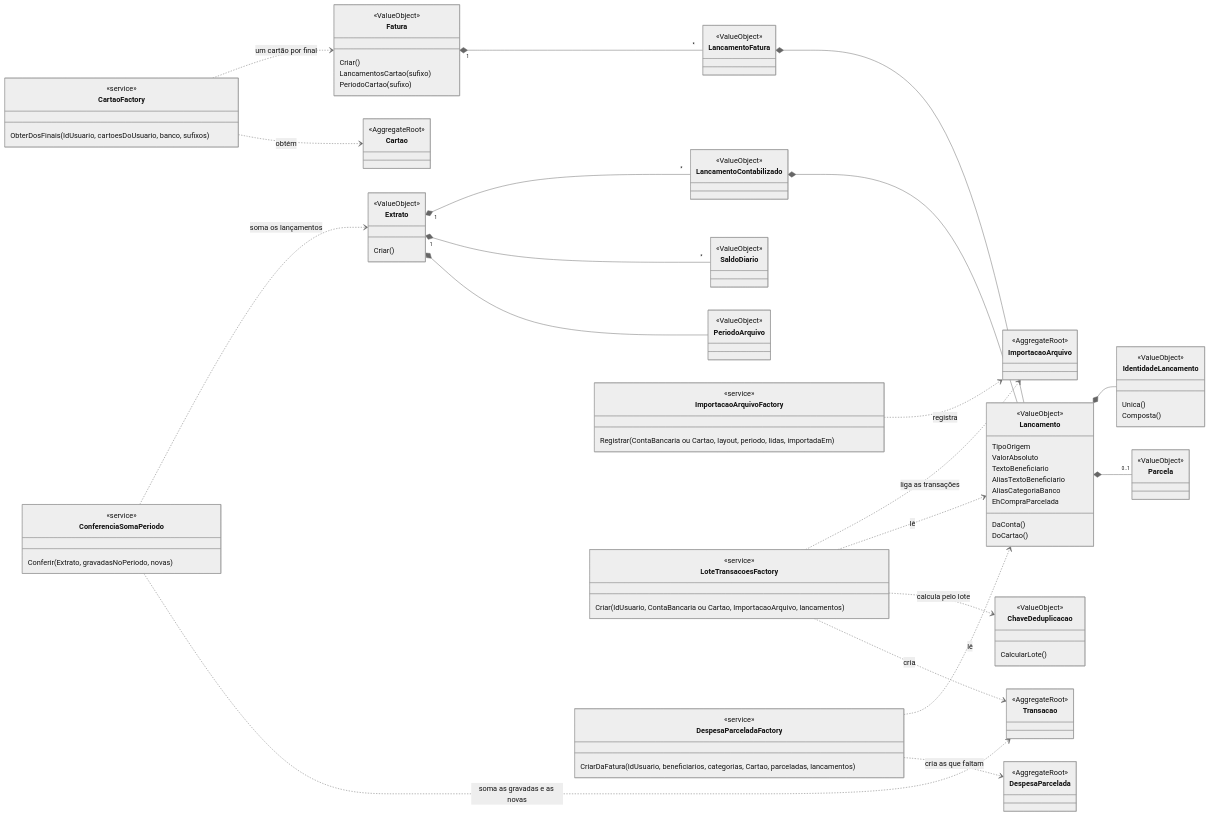
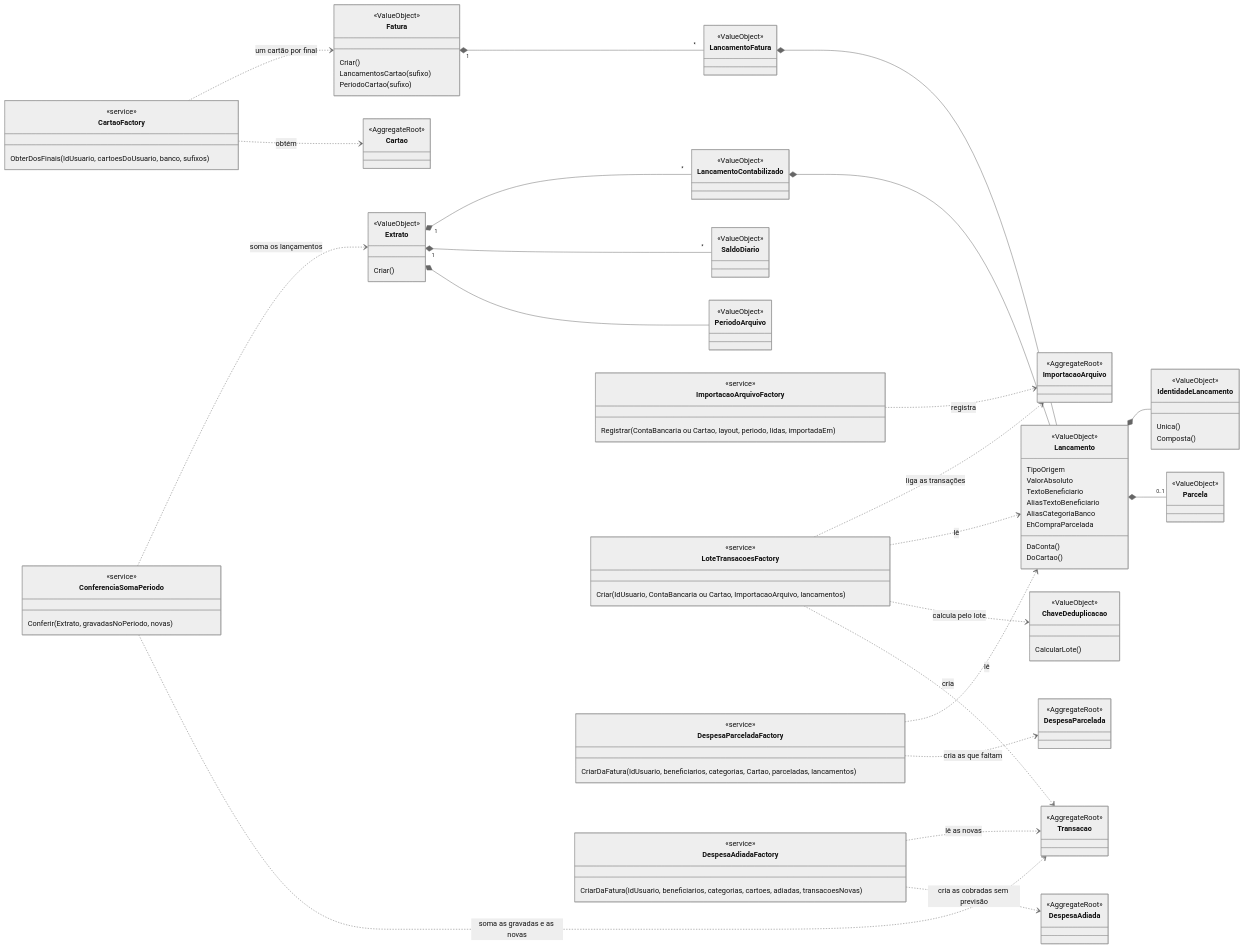
The second of 2 diagrams in docs/modelo-de-dominio.md (humbertosampaio/controle-financeiro), drawn with Mermaid (neutral theme) before and after one commit. The commit also changed other lines of this file, not shown here.

First line of the commit message:
docs(dominio): Registra a despesa adiada da compra à vista na importação da fatura

````diff
--- a/docs/modelo-de-dominio.md
+++ b/docs/modelo-de-dominio.md
@@ -378,7 +387,14 @@
         <<service>>
         CriarDaFatura(IdUsuario, beneficiarios, categorias, Cartao, parceladas, lancamentos)
     }
+    class DespesaAdiadaFactory {
+        <<service>>
+        CriarDaFatura(IdUsuario, beneficiarios, categorias, cartoes, adiadas, transacoesNovas)
+    }
     class DespesaParcelada {
+        <<AggregateRoot>>
+    }
+    class DespesaAdiada {
         <<AggregateRoot>>
     }
     class ImportacaoArquivo {
@@ -407,4 +423,6 @@
     LoteTransacoesFactory ..> Transacao : cria
     DespesaParceladaFactory ..> Lancamento : lê
     DespesaParceladaFactory ..> DespesaParcelada : cria as que faltam
+    DespesaAdiadaFactory ..> Transacao : lê as novas
+    DespesaAdiadaFactory ..> DespesaAdiada : cria as cobradas sem previsão
 ```
````
